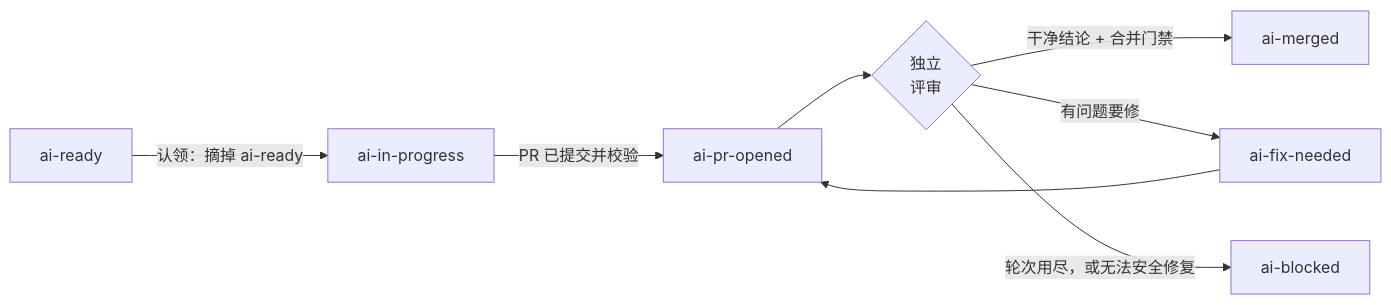
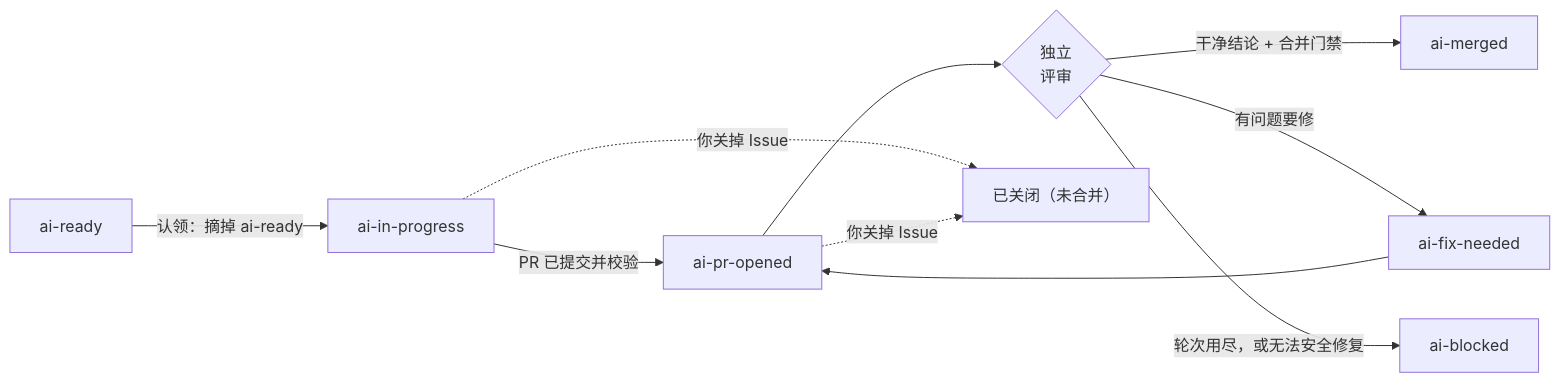
Before and after one commit to orbi-build/orbi-cloud-docs: the diagram in zh/delivery-lifecycle.mdx, drawn with Mermaid. The commit also changed 1 other file, not shown here.

Commit message:
文档：交付生命周期图补上「关掉 Issue」的停下路径（中英）

````diff
--- a/zh/delivery-lifecycle.mdx
+++ b/zh/delivery-lifecycle.mdx
@@ -14,10 +14,12 @@
 ```mermaid
 flowchart LR
   ready["ai-ready"] -->|认领：摘掉 ai-ready| progress["ai-in-progress"]
   progress -->|PR 已提交并校验| opened["ai-pr-opened"]
   opened --> review{"独立<br/>评审"}
   review -->|干净结论 + 合并门禁| merged["ai-merged"]
   review -->|有问题要修| fix["ai-fix-needed"]
   fix --> opened
   review -->|轮次用尽，或无法安全修复| blocked["ai-blocked"]
+  progress -.->|你关掉 Issue| closed["已关闭（未合并）"]
+  opened -.->|你关掉 Issue| closed
 ```
````
